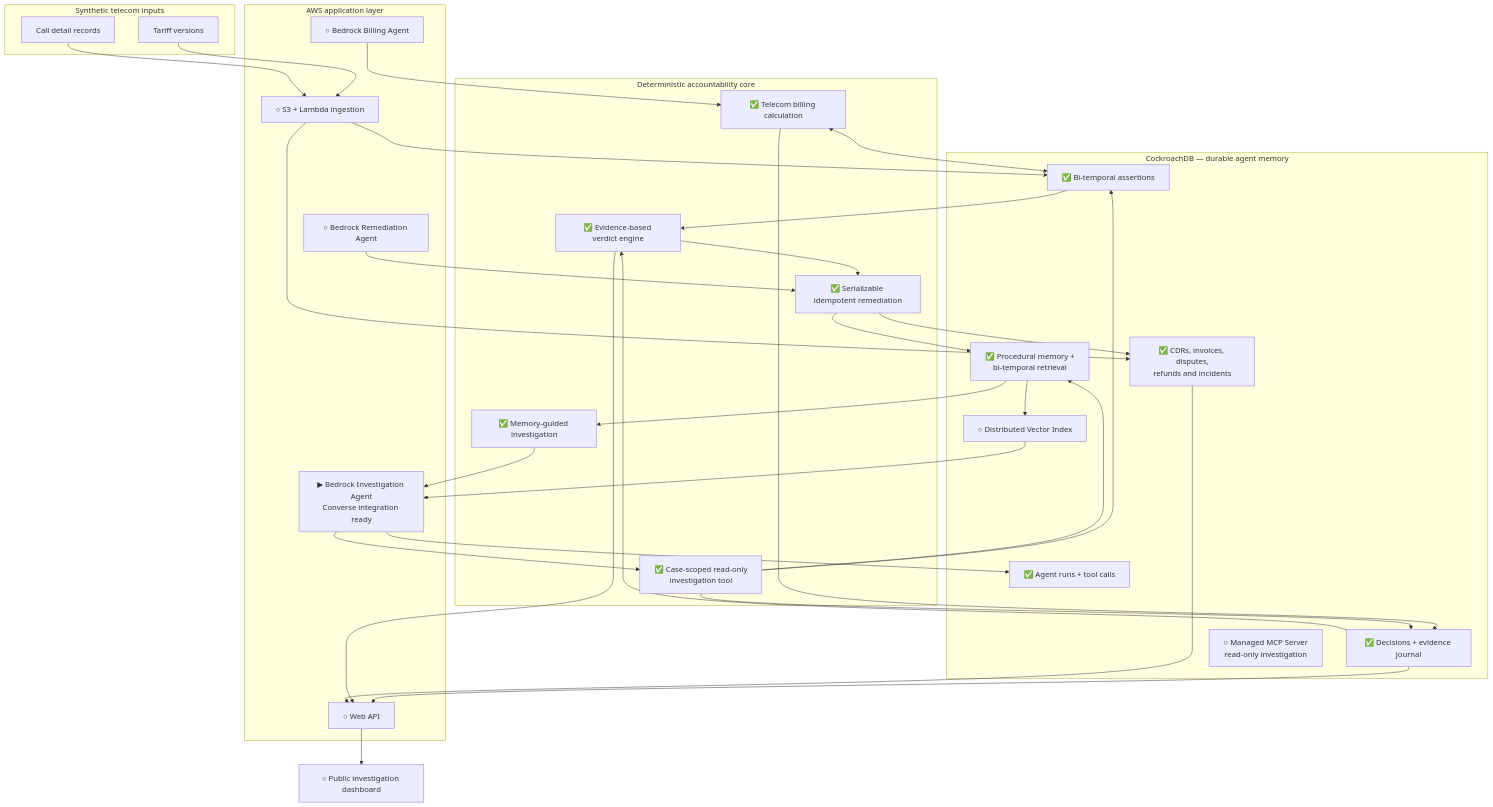
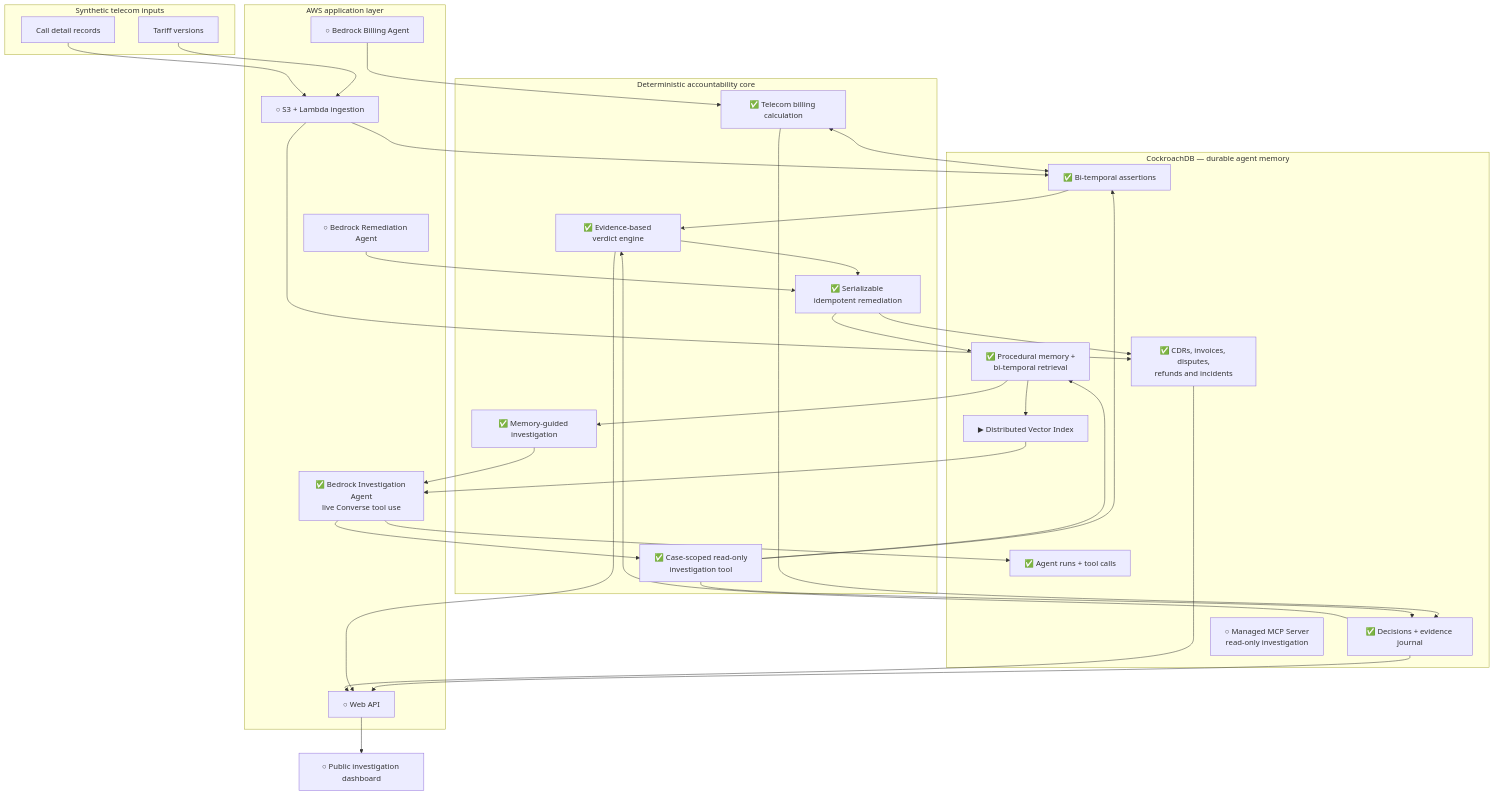
Before and after one commit to Mounir1200/HindSight: the diagram in README.md, drawn with Mermaid. The commit also changed other lines of this file and 8 other files, not shown here.

````diff
--- a/README.md
+++ b/README.md
@@ -96,66 +99,66 @@
 ```mermaid
 flowchart TB
     subgraph INPUTS["Synthetic telecom inputs"]
         TARIFFS["Tariff versions"]
         CDRS["Call detail records"]
     end
 
     subgraph AWS["AWS application layer"]
         INGEST["○ S3 + Lambda ingestion"]
         BILLING_AGENT["○ Bedrock Billing Agent"]
-        INVESTIGATION_AGENT["▶ Bedrock Investigation Agent<br/>Converse integration ready"]
+        INVESTIGATION_AGENT["✅ Bedrock Investigation Agent<br/>live Converse tool use"]
         REMEDIATION_AGENT["○ Bedrock Remediation Agent"]
         API["○ Web API"]
     end
 
     subgraph CORE["Deterministic accountability core"]
         BILLING["✅ Telecom billing calculation"]
         VERDICT["✅ Evidence-based verdict engine"]
         REMEDIATION["✅ Serializable idempotent remediation"]
         GUIDANCE["✅ Memory-guided investigation"]
         CONTEXT_TOOL["✅ Case-scoped read-only<br/>investigation tool"]
     end
 
     subgraph CRDB["CockroachDB — durable agent memory"]
         ASSERTIONS["✅ Bi-temporal assertions"]
         JOURNAL["✅ Decisions + evidence journal"]
         OPERATIONS["✅ CDRs, invoices, disputes,<br/>refunds and incidents"]
         MEMORY["✅ Procedural memory +<br/>bi-temporal retrieval"]
         AGENT_JOURNAL["✅ Agent runs + tool calls"]
-        VECTOR["○ Distributed Vector Index"]
+        VECTOR["▶ Distributed Vector Index"]
         MCP["○ Managed MCP Server<br/>read-only investigation"]
     end
 
     DASHBOARD["○ Public investigation dashboard"]
 
     TARIFFS --> INGEST
     CDRS --> INGEST
     INGEST --> ASSERTIONS
     INGEST --> OPERATIONS
 
     BILLING_AGENT --> BILLING
     BILLING <--> ASSERTIONS
     BILLING --> JOURNAL
 
     INVESTIGATION_AGENT --> CONTEXT_TOOL
     INVESTIGATION_AGENT --> AGENT_JOURNAL
     CONTEXT_TOOL --> ASSERTIONS
     CONTEXT_TOOL --> JOURNAL
     CONTEXT_TOOL --> MEMORY
     ASSERTIONS --> VERDICT
     JOURNAL --> VERDICT
 
     VERDICT --> REMEDIATION
     REMEDIATION_AGENT --> REMEDIATION
     REMEDIATION --> OPERATIONS
     REMEDIATION --> MEMORY
     MEMORY --> GUIDANCE
     GUIDANCE --> INVESTIGATION_AGENT
     MEMORY --> VECTOR
     VECTOR --> INVESTIGATION_AGENT
 
     JOURNAL --> API
     VERDICT --> API
     OPERATIONS --> API
     API --> DASHBOARD
 ```
````
